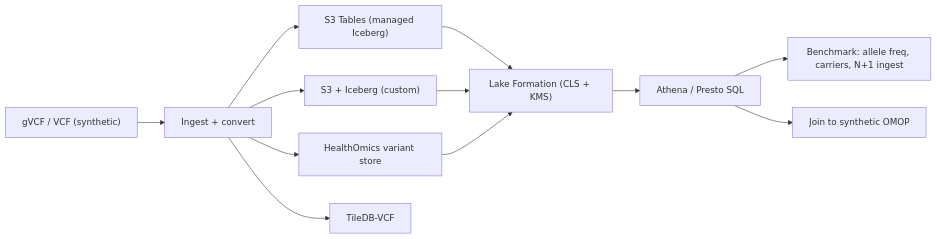
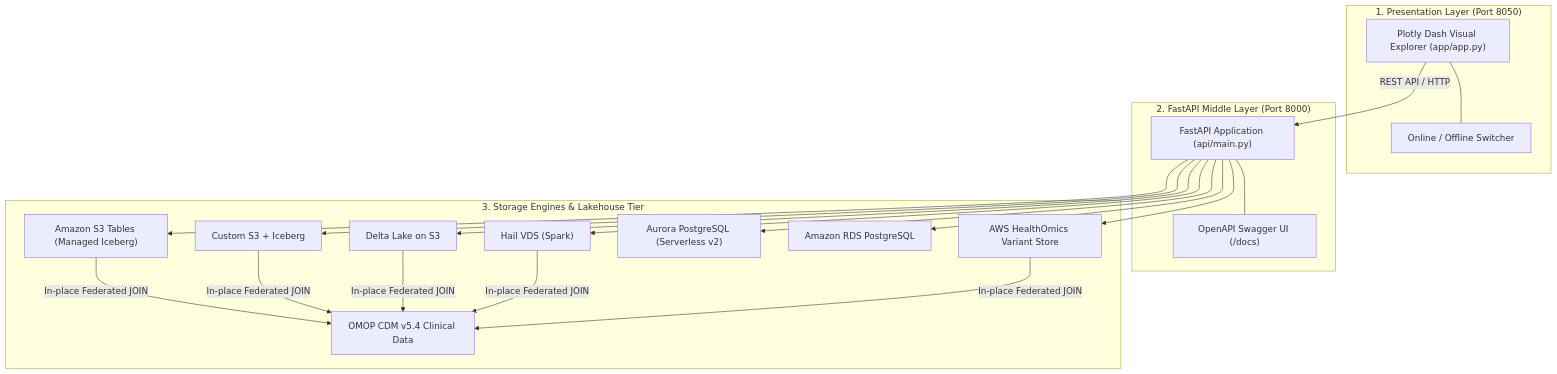
Before and after one commit to anothernoise/hls-variant-store-aws: the diagram in README.md, drawn with Mermaid. The commit also changed other lines of this file and 2 other files, not shown here.

Commit message:
docs: update 3-tier architecture diagrams, CI pipeline, and quickstart documentation

````diff
--- a/README.md
+++ b/README.md
@@ -12,12 +12,29 @@
 ```mermaid
-flowchart LR
-  VCF["gVCF / VCF (synthetic)"] --> Ingest["Ingest + convert"]
-  Ingest --> S3T["S3 Tables (managed Iceberg)"]
-  Ingest --> Ice["S3 + Iceberg (custom)"]
-  Ingest --> HO["HealthOmics variant store"]
-  Ingest --> TDB["TileDB-VCF"]
-  S3T & Ice & HO --> LF["Lake Formation (CLS + KMS)"]
-  LF --> Athena["Athena / Presto SQL"]
-  Athena --> Bench["Benchmark: allele freq, carriers, N+1 ingest"]
-  Athena --> Join["Join to synthetic OMOP"]
+flowchart TB
+  subgraph Presentation ["1. Presentation Layer (Port 8050)"]
+    Dash["Plotly Dash Visual Explorer (app/app.py)"]
+    Switch["Online / Offline Switcher"]
+    Dash --- Switch
+  end
+
+  subgraph API ["2. FastAPI Middle Layer (Port 8000)"]
+    FastAPI["FastAPI Application (api/main.py)"]
+    Swagger["OpenAPI Swagger UI (/docs)"]
+    FastAPI --- Swagger
+  end
+
+  subgraph Engines ["3. Storage Engines & Lakehouse Tier"]
+    S3T["Amazon S3 Tables (Managed Iceberg)"]
+    Ice["Custom S3 + Iceberg"]
+    Delta["Delta Lake on S3"]
+    Hail["Hail VDS (Spark)"]
+    Aurora["Aurora PostgreSQL (Serverless v2)"]
+    RDS["Amazon RDS PostgreSQL"]
+    HO["AWS HealthOmics Variant Store"]
+    OMOP["OMOP CDM v5.4 Clinical Data"]
+  end
+
+  Dash -->|"REST API / HTTP"| FastAPI
+  FastAPI --> S3T & Ice & Delta & Hail & Aurora & RDS & HO
+  S3T & Ice & Delta & Hail & HO -->|"In-place Federated JOIN"| OMOP
 ```
````
